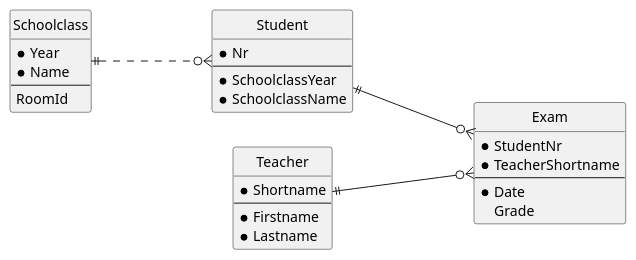
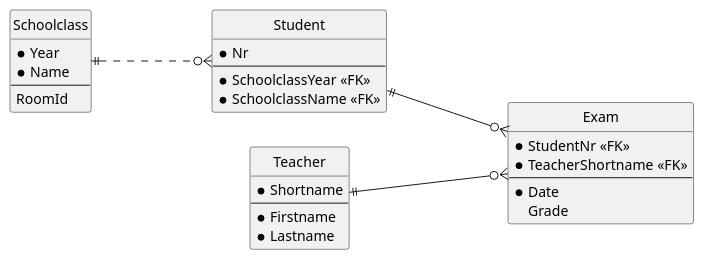
One commit to schletz/Dbi1Sem changed the second of 2 diagrams in 10_Modellierung/40_Keys.md. Above: the diagram before and after it, drawn with PlantUML.

````diff
--- a/10_Modellierung/40_Keys.md
+++ b/10_Modellierung/40_Keys.md
@@ -120,37 +120,37 @@
 ```plantuml
 @startuml
 hide circle
 left to right direction
 entity Schoolclass {
    * Year
    * Name
    ---
    RoomId
 }
 
 entity Student {
    * Nr
    ---
-   * SchoolclassYear
-   * SchoolclassName
+   * SchoolclassYear <<FK>>
+   * SchoolclassName <<FK>>
 }
 
 entity Teacher {
     * Shortname
    ---
    * Firstname
    * Lastname
 }
 
 entity Exam {
-   * StudentNr
-   * TeacherShortname
+   * StudentNr <<FK>>
+   * TeacherShortname <<FK>>
    ---
    * Date
    Grade
 }
 Student ||---o{ Exam
 Teacher ||---o{ Exam
 Schoolclass ||...o{ Student
 @enduml
 ```
````
